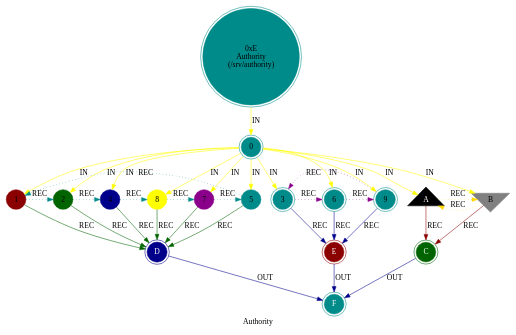
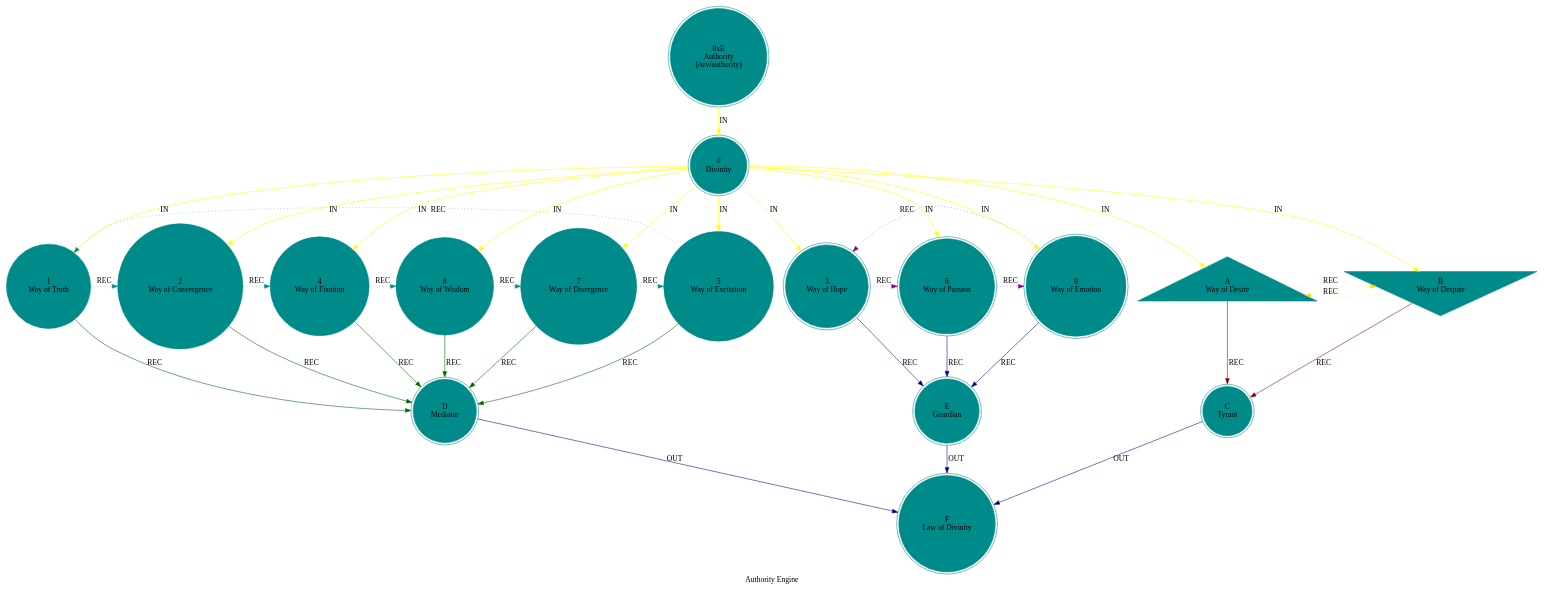
The diagram in src/core/mythos_srv_authority.dot (cilang/mythos), drawn with Graphviz before and after one commit. The commit also changed 17 other files, not shown here.

```diff
--- a/src/core/mythos_srv_authority.dot
+++ b/src/core/mythos_srv_authority.dot
@@ -1,44 +1,44 @@
 digraph G {
-    label = "Authority";
+    label = "Authority Engine";
     style = filled;
     color = red;
     comment = "";
     node [shape = circle; style = filled; color = darkcyan;];
     
     spark_e_mythos_t [label = "0xE\nAuthority\n(/srv/authority)";shape = doublecircle;];
     
     // The Sacred 3-6-9 (Boundary of Perception).
     // "If you knew the magnificence of 3, 6, and 9, you would have a key to the universe." — Tesla.
     // The 1-2-4-8-7-5 Vortex (Boundary of Comprehension).
-    spark_0_authority_t [label = "0";shape = doublecircle;comment = "";];
-    spark_1_authority_t [label = "1";shape = circle;color = darkred;comment = "";];
-    spark_2_authority_t [label = "2";shape = circle;color = darkgreen;comment = "";];
-    spark_4_authority_t [label = "4";shape = circle;color = darkblue;comment = "";];
-    spark_8_authority_t [label = "8";shape = circle;color = yellow;comment = "";];
-    spark_7_authority_t [label = "7";shape = circle;color = darkmagenta;comment = "";];
-    spark_5_authority_t [label = "5";shape = circle;color = darkcyan;comment = "";];
-    spark_3_authority_t [label = "3";shape = doublecircle;comment = "";];
-    spark_6_authority_t [label = "6";shape = doublecircle;comment = "";];
-    spark_9_authority_t [label = "9";shape = doublecircle;comment = "";];
-    spark_a_authority_t [label = "A";shape = triangle;color = black;fontcolor = white;comment = "";];
-    spark_b_authority_t [label = "B";shape = invtriangle;color = grey;comment = "";];
-    spark_c_authority_t [label = "C";shape = doublecircle;color = darkgreen;style = filled;fontcolor = white;];
-    spark_d_authority_t [label = "D";shape = doublecircle;color = darkblue;style = filled;fontcolor = white;];
-    spark_e_authority_t [label = "E";shape = doublecircle;color = darkred;style = filled;fontcolor = white;];
-    spark_f_authority_t [label = "F";shape = doublecircle;color = darkcyan;style = filled;fontcolor = white;];
+    spark_0_authority_t [label = "0\nDivinity";shape = doublecircle;comment = "";];
+    spark_1_authority_t [label = "1\nWay of Truth";shape = circle;comment = "";];
+    spark_2_authority_t [label = "2\nWay of Convergence";shape = circle;comment = "";];
+    spark_4_authority_t [label = "4\nWay of Fixation";shape = circle;comment = "";];
+    spark_8_authority_t [label = "8\nWay of Wisdom";shape = circle;comment = "";];
+    spark_7_authority_t [label = "7\nWay of Divergence";shape = circle;comment = "";];
+    spark_5_authority_t [label = "5\nWay of Excitation";shape = circle;comment = "";];
+    spark_3_authority_t [label = "3\nWay of Hope";shape = doublecircle;comment = "";];
+    spark_6_authority_t [label = "6\nWay of Passion";shape = doublecircle;comment = "";];
+    spark_9_authority_t [label = "9\nWay of Emotion";shape = doublecircle;comment = "";];
+    spark_a_authority_t [label = "A\nWay of Desire";shape = triangle;comment = "";];
+    spark_b_authority_t [label = "B\nWay of Despair";shape = invtriangle;comment = "";];
+    spark_c_authority_t [label = "C\nTyrant";shape = doublecircle;comment = "";];
+    spark_d_authority_t [label = "D\nMediator";shape = doublecircle;comment = "";];
+    spark_e_authority_t [label = "E\nGuardian";shape = doublecircle;comment = "";];
+    spark_f_authority_t [label = "F\nLaw of Divinity";shape = doublecircle;comment = "";];
     
     // IN = Input
     // OUT = Output
     // REC = Recursion
     spark_e_mythos_t -> spark_0_authority_t -> {spark_a_authority_t spark_b_authority_t spark_1_authority_t spark_2_authority_t spark_3_authority_t spark_4_authority_t spark_5_authority_t spark_6_authority_t spark_7_authority_t spark_8_authority_t spark_9_authority_t} [label = "IN"; color = yellow; comment = "";];
     
     {spark_a_authority_t spark_b_authority_t} -> spark_c_authority_t [label = "REC"; color = darkred; comment = "";];
     {spark_1_authority_t spark_2_authority_t spark_4_authority_t spark_8_authority_t spark_7_authority_t spark_5_authority_t} -> spark_d_authority_t [label = "REC"; color = darkgreen; comment = "";];
     {spark_3_authority_t spark_6_authority_t spark_9_authority_t} -> spark_e_authority_t [label = "REC"; color = darkblue; comment = "";];
     
     spark_1_authority_t -> spark_2_authority_t -> spark_4_authority_t -> spark_8_authority_t -> spark_7_authority_t -> spark_5_authority_t -> spark_1_authority_t [label = "REC"; color = darkcyan; comment = ""; style = dotted; constraint = false;];
     spark_3_authority_t -> spark_6_authority_t -> spark_9_authority_t -> spark_3_authority_t [label = "REC"; color = darkmagenta; comment = ""; style = dotted; constraint = false;];
     spark_a_authority_t -> spark_b_authority_t -> spark_a_authority_t [label = "REC"; color = gold; comment = ""; style = dotted; constraint = false;];
     
     {spark_c_authority_t spark_d_authority_t spark_e_authority_t} -> spark_f_authority_t [label = "OUT"; color = darkblue; comment = "";];
 }
```
